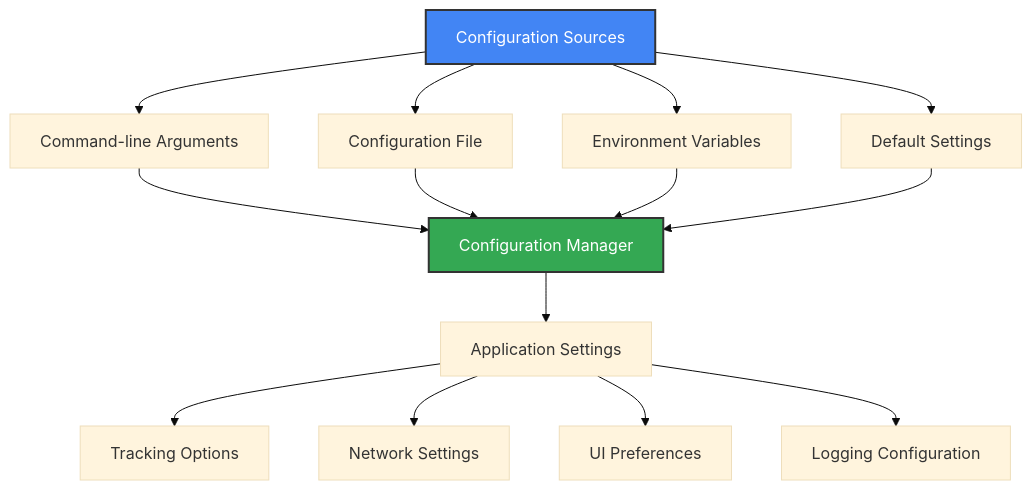
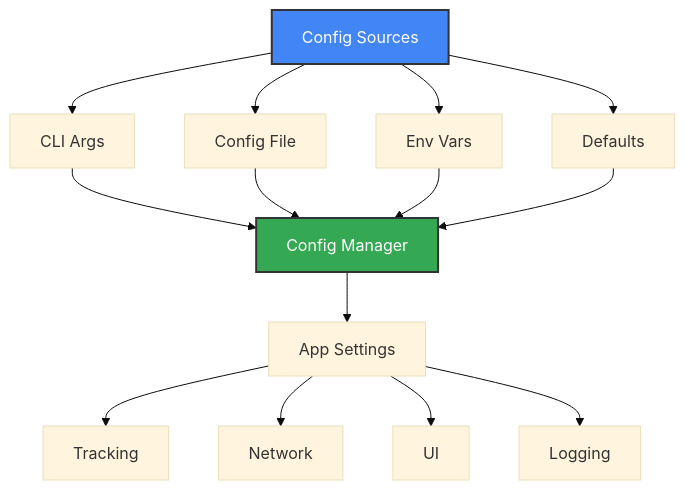
One commit to ByteTrix/Media-Player-Scrobbler-for-Simkl changed the first of 2 diagrams in docs/configuration.md. Above: the diagram before and after it, drawn with Mermaid (base theme). The commit also changed other lines of this file and 15 other files, not shown here.

````diff
--- a/docs/configuration.md
+++ b/docs/configuration.md
@@ -13,18 +9,18 @@
 ```mermaid
 graph TD
-    A[Configuration Sources] --> B[Command-line Arguments]
-    A --> C[Configuration File]
-    A --> D[Environment Variables]
-    A --> E[Default Settings]
-    B --> F[Configuration Manager]
+    A[Config Sources] --> B[CLI Args]
+    A --> C[Config File]
+    A --> D[Env Vars]
+    A --> E[Defaults]
+    B --> F[Config Manager]
     C --> F
     D --> F
     E --> F
-    F --> G[Application Settings]
-    G --> H[Tracking Options]
-    G --> I[Network Settings]
-    G --> J[UI Preferences]
-    G --> K[Logging Configuration]
+    F --> G[App Settings]
+    G --> H[Tracking]
+    G --> I[Network]
+    G --> J[UI]
+    G --> K[Logging]
     style A fill:#4285f4,stroke:#333,stroke-width:2px,color:#fff
     style F fill:#34a853,stroke:#333,stroke-width:2px,color:#fff
 ```
````
